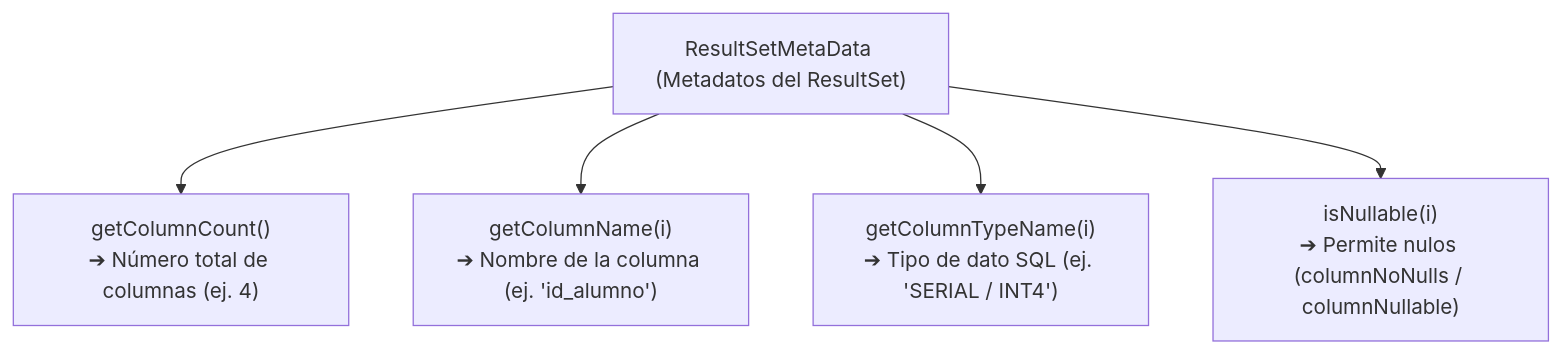
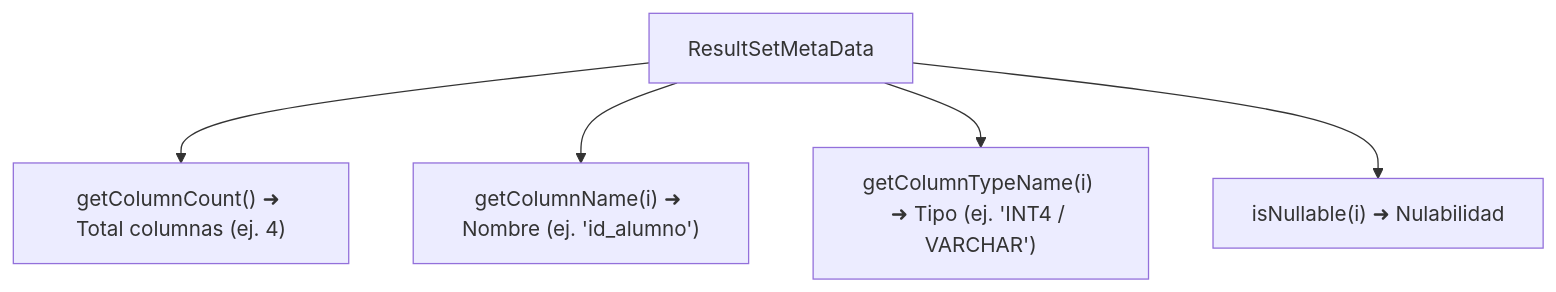
Before and after one commit to fencgut961/AAD_26_27: diagram 11 of 14 in RA2/ra2-manejor-conectores.md, drawn with Mermaid. The commit also changed other lines of this file, not shown here.

````diff
--- a/RA2/ra2-manejor-conectores.md
+++ b/RA2/ra2-manejor-conectores.md
@@ -709,8 +706,8 @@
 ```mermaid
 graph TD
-    RSMD["ResultSetMetaData (Metadatos del ResultSet)"]
-    RSMD --> M1["getColumnCount()<br/>➔ Número total de columnas (ej. 4)"]
-    RSMD --> M2["getColumnName(i)<br/>➔ Nombre de la columna (ej. 'id_alumno')"]
-    RSMD --> M3["getColumnTypeName(i)<br/>➔ Tipo de dato SQL (ej. 'SERIAL / INT4')"]
-    RSMD --> M4["isNullable(i)<br/>➔ Permite nulos (columnNoNulls / columnNullable)"]
+    RSMeta["ResultSetMetaData"]
+    RSMeta --> C1["getColumnCount() ➜ Total columnas (ej. 4)"]
+    RSMeta --> C2["getColumnName(i) ➜ Nombre (ej. 'id_alumno')"]
+    RSMeta --> C3["getColumnTypeName(i) ➜ Tipo (ej. 'INT4 / VARCHAR')"]
+    RSMeta --> C4["isNullable(i) ➜ Nulabilidad"]
 ```
````
